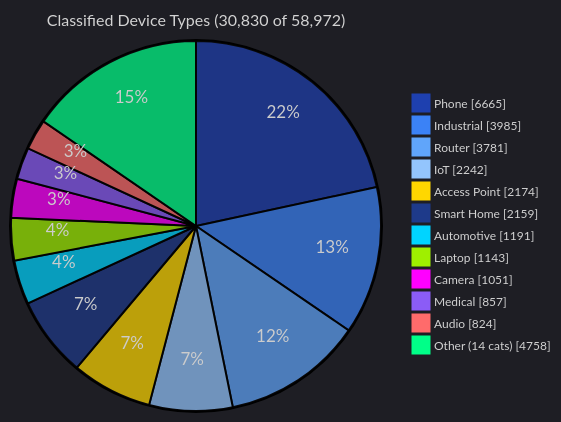
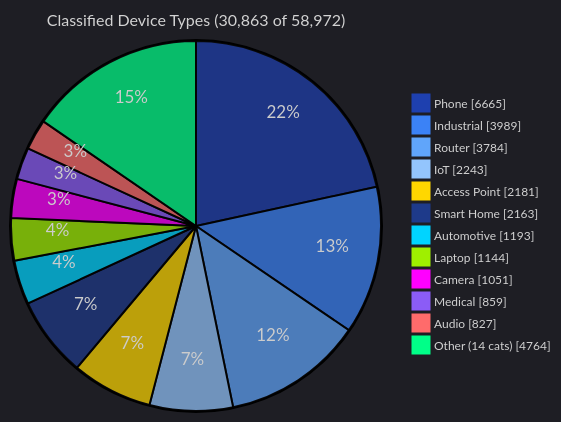
Before and after one commit to Ringmast4r/OUI-Master-Database: the fourth of 5 diagrams in README.md, drawn with Mermaid. The commit also changed other lines of this file and 13 other files, not shown here.

````diff
--- a/README.md
+++ b/README.md
@@ -170,17 +170,17 @@
 ```mermaid
 %%{init: {'theme':'dark', 'themeVariables': {'pie1':'#1E40AF','pie2':'#3B82F6','pie3':'#60A5FA','pie4':'#93C5FD','pie5':'#FFD700','pie6':'#1E3A8A','pie7':'#00D4FF','pie8':'#9FEF00','pie9':'#FF00FF','pie10':'#8B5CF6','pie11':'#FF6B6B','pie12':'#00FF88','pieTitleTextSize':'16px','pieLegendTextSize':'12px'}}}%%
 pie showData
-    title Classified Device Types (30,830 of 58,972)
+    title Classified Device Types (30,863 of 58,972)
     "Phone" : 6665
-    "Industrial" : 3985
-    "Router" : 3781
-    "IoT" : 2242
-    "Access Point" : 2174
-    "Smart Home" : 2159
-    "Automotive" : 1191
-    "Laptop" : 1143
+    "Industrial" : 3989
+    "Router" : 3784
+    "IoT" : 2243
+    "Access Point" : 2181
+    "Smart Home" : 2163
+    "Automotive" : 1193
+    "Laptop" : 1144
     "Camera" : 1051
-    "Medical" : 857
-    "Audio" : 824
-    "Other (14 cats)" : 4758
+    "Medical" : 859
+    "Audio" : 827
+    "Other (14 cats)" : 4764
 ```
````
